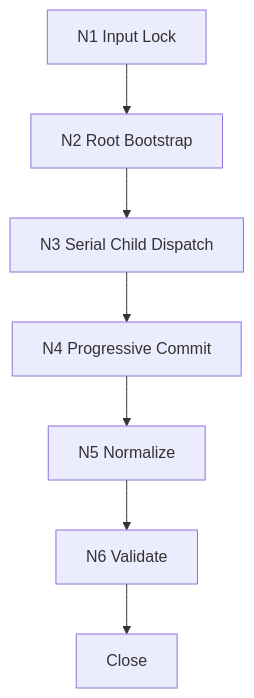
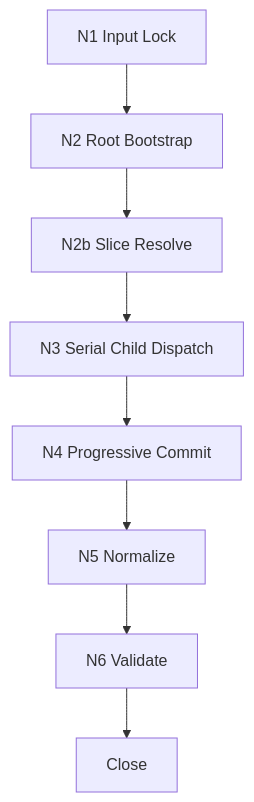
The first of 3 diagrams in .agents/skills/story/2-Planning/SKILL.md (ZEN-VOID/AI-CUT), drawn with Mermaid before and after one commit. The commit also changed other lines of this file and 118 other files, not shown here.

````diff
--- a/.agents/skills/story/2-Planning/SKILL.md
+++ b/.agents/skills/story/2-Planning/SKILL.md
@@ -193,9 +216,10 @@
 ```mermaid
 flowchart TD
     A["N1 Input Lock"] --> B["N2 Root Bootstrap"]
-    B --> C["N3 Serial Child Dispatch"]
+    B --> B1["N2b Slice Resolve"]
+    B1 --> C["N3 Serial Child Dispatch"]
     C --> D["N4 Progressive Commit"]
     D --> E["N5 Normalize"]
     E --> F["N6 Validate"]
     F --> G["Close"]
 ```
````
